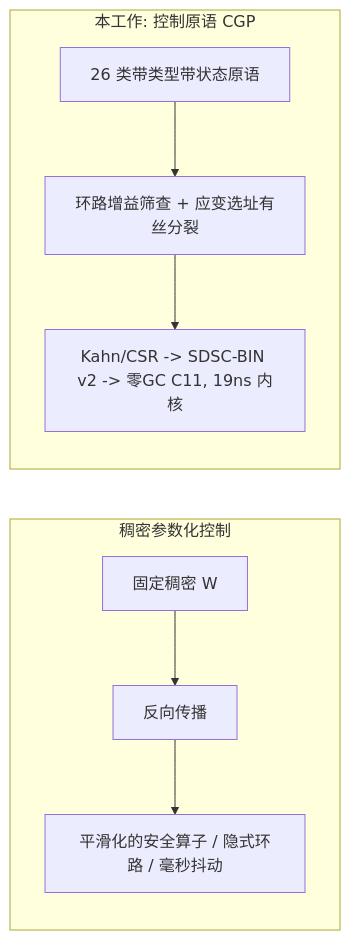
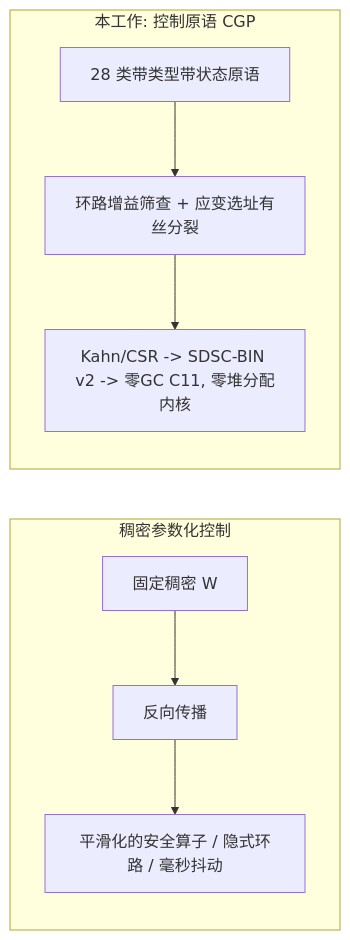
The first of 2 diagrams in docs/morphogenetic_cellular_evolution_paper.zh.md (caixuf/kun-cellular), drawn with Mermaid before and after one commit. The commit also changed other lines of this file and 6 other files, not shown here.

````diff
--- a/docs/morphogenetic_cellular_evolution_paper.zh.md
+++ b/docs/morphogenetic_cellular_evolution_paper.zh.md
@@ -77,9 +77,9 @@
 ```mermaid
 graph LR
     subgraph 稠密参数化控制
       M1[固定稠密 W] --> M2[反向传播] --> M3[平滑化的安全算子 / 隐式环路 / 毫秒抖动]
     end
     subgraph 本工作: 控制原语 CGP
-      C1[26 类带类型带状态原语] --> C2[环路增益筛查 + 应变选址有丝分裂] --> C3[Kahn/CSR -> SDSC-BIN v2 -> 零GC C11, 19ns 内核]
+      C1[28 类带类型带状态原语] --> C2[环路增益筛查 + 应变选址有丝分裂] --> C3[Kahn/CSR -> SDSC-BIN v2 -> 零GC C11, 零堆分配内核]
     end
 ```
````
